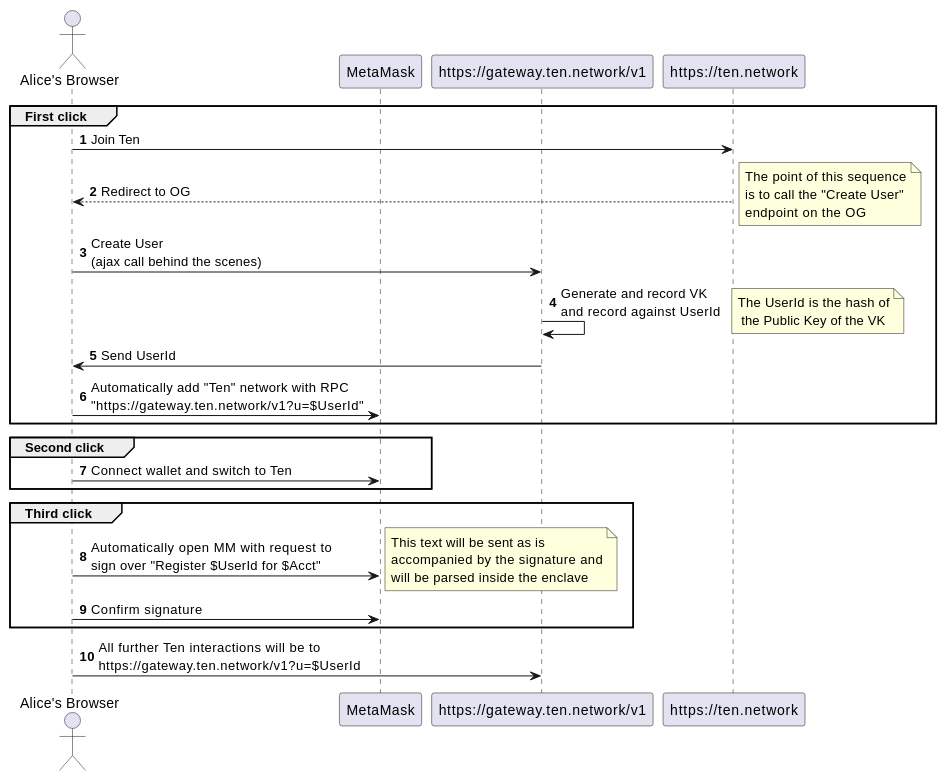
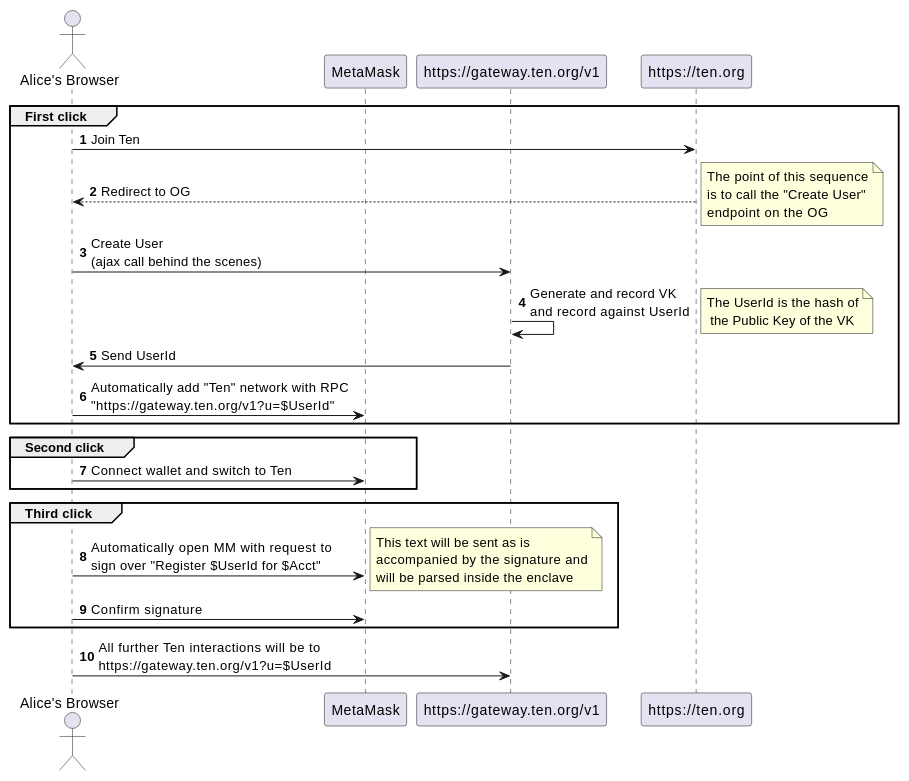
One commit to ten-protocol/go-ten changed the second of 2 diagrams in design/ux/Obscuro_Gateway.md. Above: the diagram before and after it, drawn with PlantUML. The commit also changed other lines of this file and 8 other files, not shown here.

````diff
--- a/design/ux/Obscuro_Gateway.md
+++ b/design/ux/Obscuro_Gateway.md
@@ -81,47 +81,47 @@
 ```plantuml
 @startuml
 'https://plantuml.com/sequence-diagram
 
 autonumber
 
 actor "Alice's Browser" as Alice
 participant MetaMask as MM
-participant "https://gateway.ten.network/v1" as OG
-participant "https://ten.network" as ON
+participant "https://gateway.ten.org/v1" as OG
+participant "https://ten.org" as ON
 
 group First click
     Alice -> ON: Join Ten
     ON --> Alice: Redirect to OG
     note right
         The point of this sequence
         is to call the "Create User"
         endpoint on the OG
     end note
     Alice -> OG: Create User\n(ajax call behind the scenes)
     OG -> OG: Generate and record VK\nand record against UserId
     note right
         The UserId is the hash of
          the Public Key of the VK
     end note
     OG -> Alice: Send UserId
-    Alice -> MM: Automatically add "Ten" network with RPC\n"https://gateway.ten.network/v1?u=$UserId"
+    Alice -> MM: Automatically add "Ten" network with RPC\n"https://gateway.ten.org/v1?u=$UserId"
 end
 
 group Second click
     Alice -> MM : Connect wallet and switch to Ten
 end
 
 group Third click
     Alice -> MM: Automatically open MM with request to \nsign over "Register $UserId for $Acct"
     note right
         This text will be sent as is
         accompanied by the signature and
         will be parsed inside the enclave
     end note
     Alice -> MM : Confirm signature
 end
 
-Alice -> OG: All further Ten interactions will be to\nhttps://gateway.ten.network/v1?u=$UserId
+Alice -> OG: All further Ten interactions will be to\nhttps://gateway.ten.org/v1?u=$UserId
 
 @enduml
 ```
````
